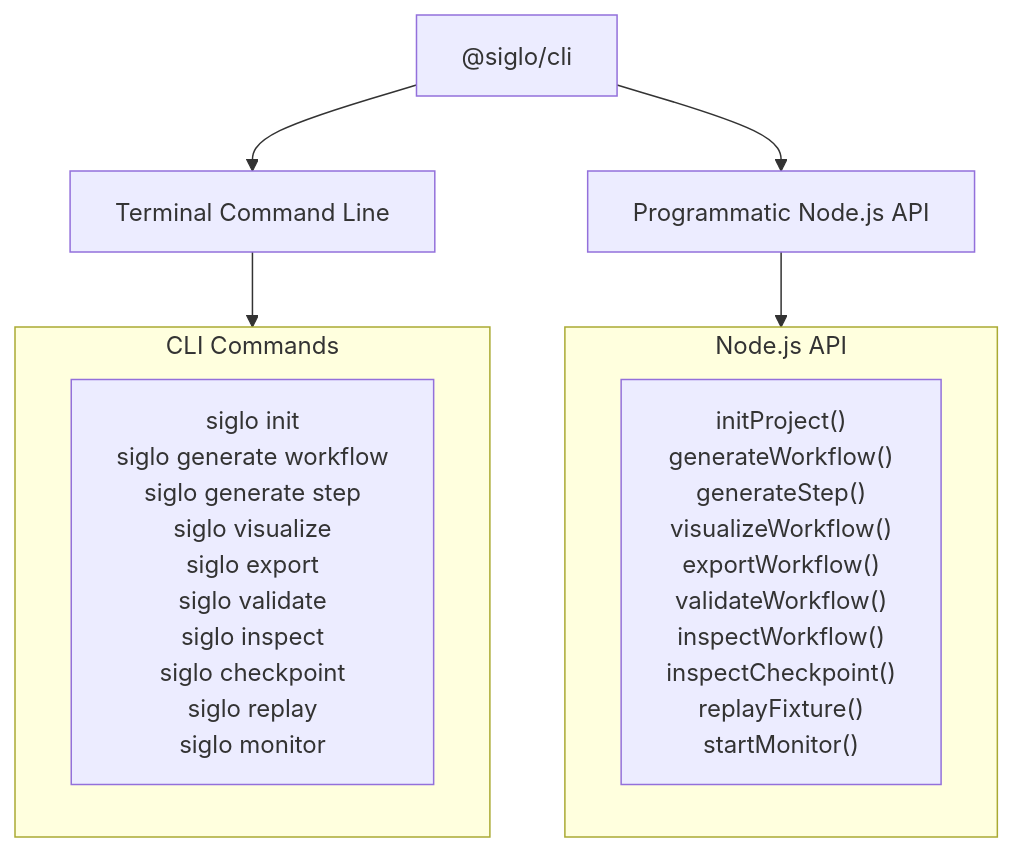
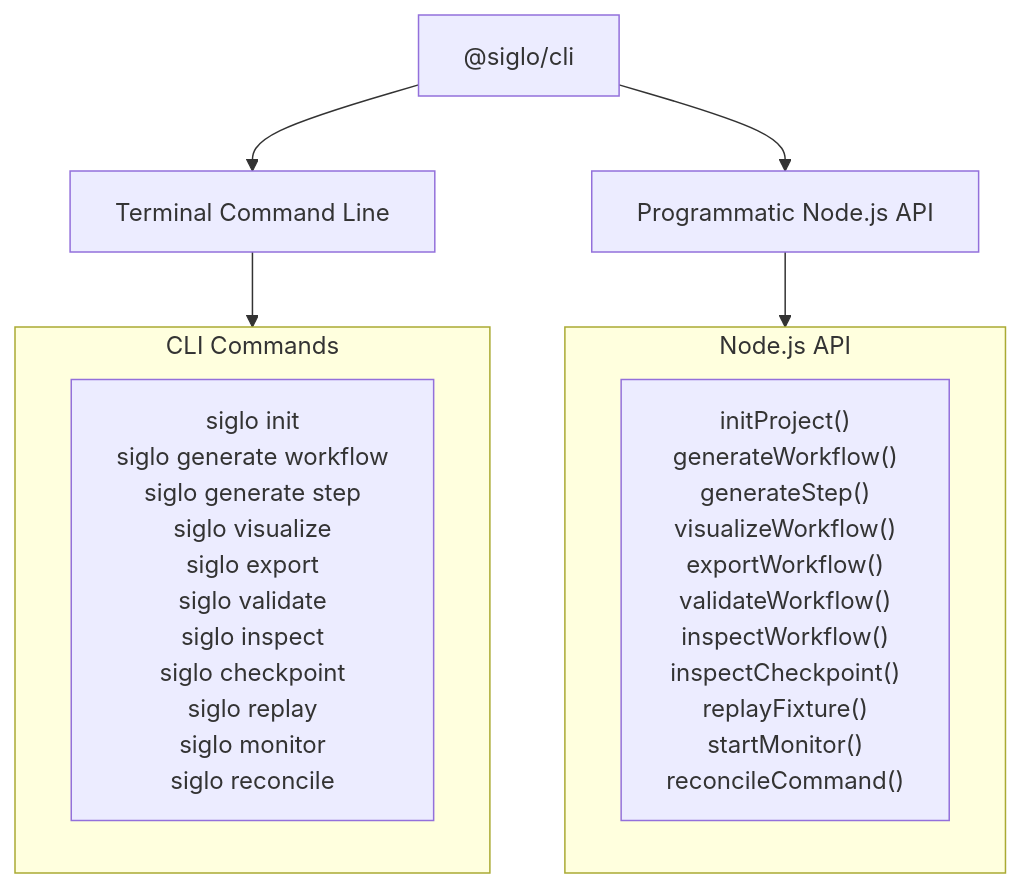
Before and after one commit to jsoftgem/siglo: the first of 2 diagrams in docs/adapters/cli.md, drawn with Mermaid. The commit also changed other lines of this file and 78 other files, not shown here.

````diff
--- a/docs/adapters/cli.md
+++ b/docs/adapters/cli.md
@@ -11,16 +16,16 @@
 ```mermaid
 flowchart TD
     CLI["@siglo/cli"] --> CLI_Term["Terminal Command Line"]
     CLI --> CLI_API["Programmatic Node.js API"]
 
     subgraph TerminalCommands["CLI Commands"]
-        C1["siglo init<br/>siglo generate workflow<br/>siglo generate step<br/>siglo visualize<br/>siglo export<br/>siglo validate<br/>siglo inspect<br/>siglo checkpoint<br/>siglo replay<br/>siglo monitor"]
+        C1["siglo init<br/>siglo generate workflow<br/>siglo generate step<br/>siglo visualize<br/>siglo export<br/>siglo validate<br/>siglo inspect<br/>siglo checkpoint<br/>siglo replay<br/>siglo monitor<br/>siglo reconcile"]
     end
 
     subgraph ProgrammaticAPI["Node.js API"]
-        A1["initProject()<br/>generateWorkflow()<br/>generateStep()<br/>visualizeWorkflow()<br/>exportWorkflow()<br/>validateWorkflow()<br/>inspectWorkflow()<br/>inspectCheckpoint()<br/>replayFixture()<br/>startMonitor()"]
+        A1["initProject()<br/>generateWorkflow()<br/>generateStep()<br/>visualizeWorkflow()<br/>exportWorkflow()<br/>validateWorkflow()<br/>inspectWorkflow()<br/>inspectCheckpoint()<br/>replayFixture()<br/>startMonitor()<br/>reconcileCommand()"]
     end
 
     CLI_Term --> TerminalCommands
     CLI_API --> ProgrammaticAPI
 ```
````
